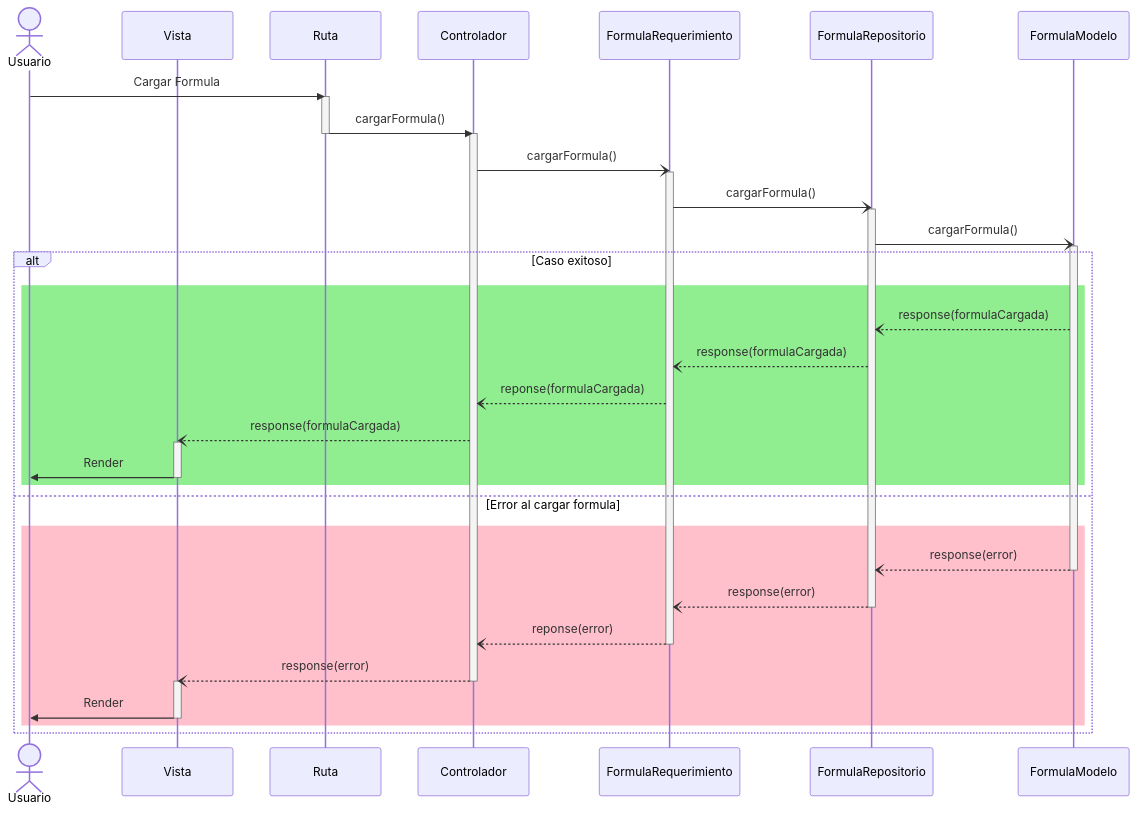
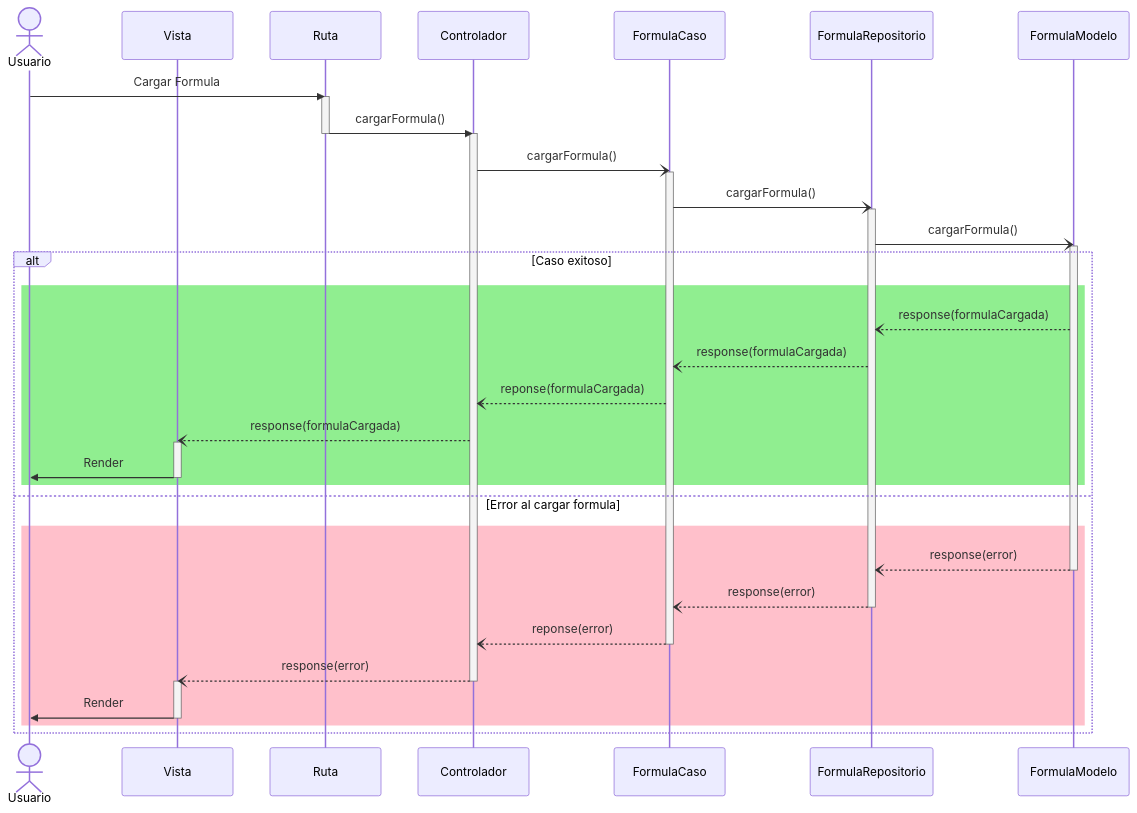
One commit to CodeAnd-Co/Documentacion changed the diagram in documentation/docs/proyectos/tractores/documentacion/requisitos/RF70.md. Above: the diagram before and after it, drawn with Mermaid.

Commit message:
Nombre de componente

````diff
--- a/documentation/docs/proyectos/tractores/documentacion/requisitos/RF70.md
+++ b/documentation/docs/proyectos/tractores/documentacion/requisitos/RF70.md
@@ -24,48 +24,48 @@
 ```mermaid
 sequenceDiagram
     actor Usuario
     participant view as Vista
     participant route as Ruta
     participant controller as Controlador
-    participant usecase as FormulaRequerimiento
+    participant usecase as FormulaCaso
     participant repository as FormulaRepositorio
     participant model as FormulaModelo
 
     Usuario->>route: Cargar Formula
     activate route
     route->>controller: cargarFormula()
     deactivate route
     activate controller
     controller-)usecase: cargarFormula()
     activate usecase
     usecase-)repository: cargarFormula()
     activate repository
     repository-)model: cargarFormula()
     activate model 
     alt Caso exitoso
-    rect Lightgreen
-    model--)repository: response(formulaCargada)
-    repository--)usecase: response(formulaCargada)
-    usecase--)controller: reponse(formulaCargada)
-    controller--)view: response(formulaCargada)
-    activate view
-    view->>Usuario: Render
-    deactivate view
-    end
+      rect Lightgreen
+      model--)repository: response(formulaCargada)
+      repository--)usecase: response(formulaCargada)
+      usecase--)controller: reponse(formulaCargada)
+      controller--)view: response(formulaCargada)
+      activate view
+      view->>Usuario: Render
+      deactivate view
+      end
     else Error al cargar formula
-    rect Pink
-    model--)repository: response(error)
-    deactivate model
-    repository--)usecase: response(error)
-    deactivate repository
-    usecase--)controller: reponse(error)
-    deactivate usecase
-    controller--)view: response(error)
-    deactivate controller
-    activate view
-    view->>Usuario: Render
-    deactivate view
-    end
+      rect Pink
+      model--)repository: response(error)
+      deactivate model
+      repository--)usecase: response(error)
+      deactivate repository
+      usecase--)controller: reponse(error)
+      deactivate usecase
+      controller--)view: response(error)
+      deactivate controller
+      activate view
+      view->>Usuario: Render
+      deactivate view
+      end
     end
     
 ```
````
